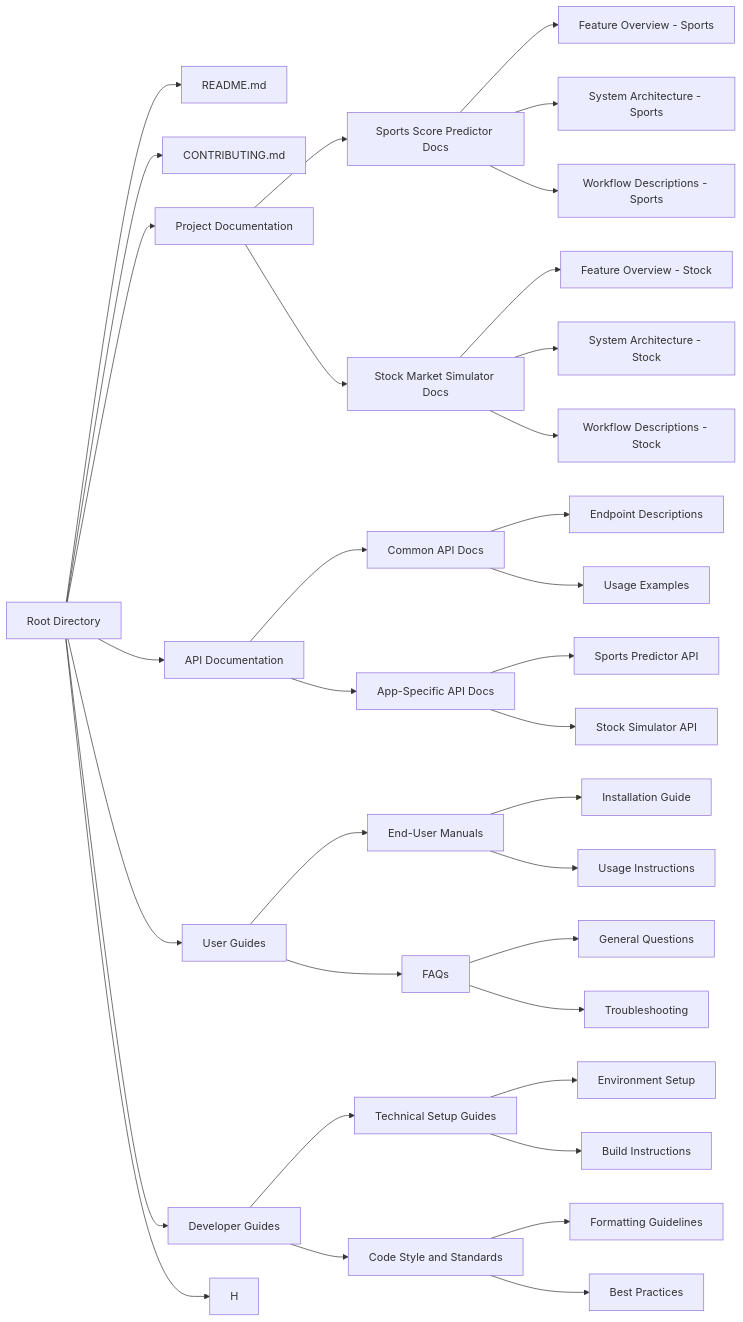
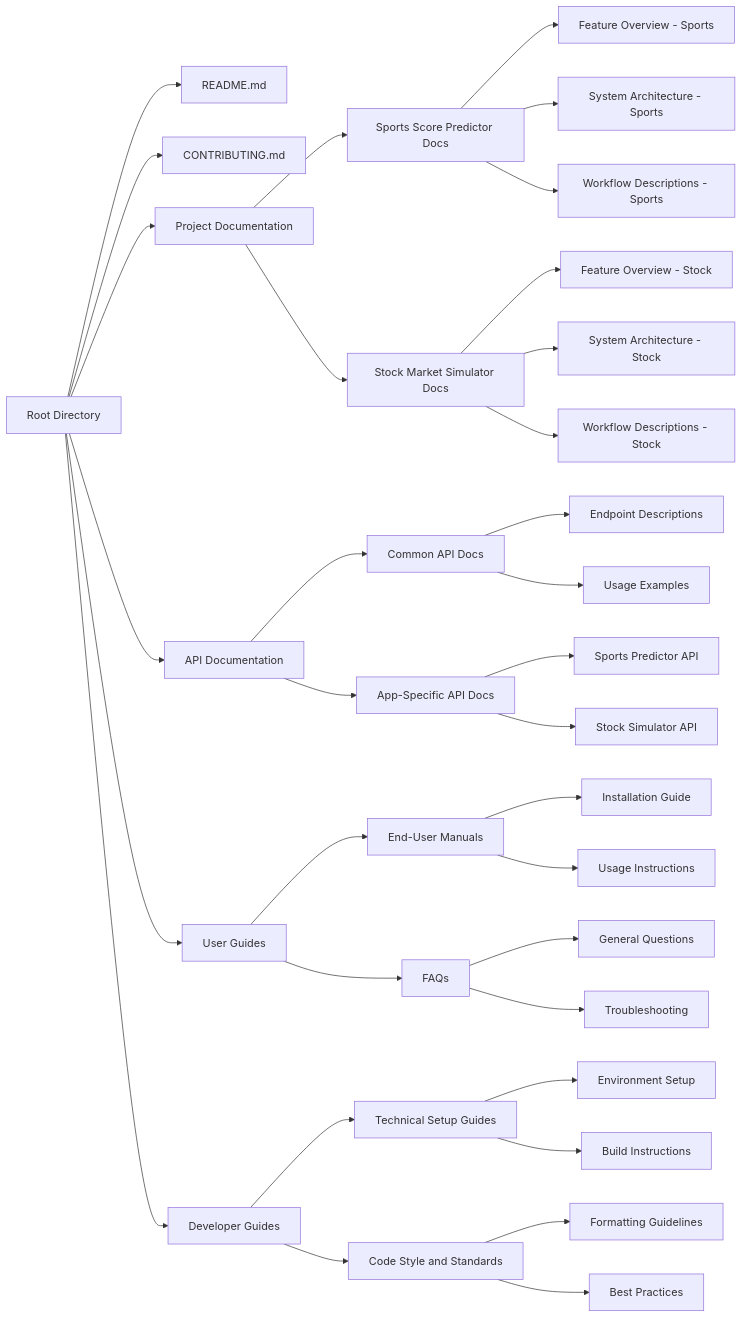
The diagram in project-docs/documentation-config.md (dock108/org-docs-and-guides), drawn with Mermaid before and after one commit.

````diff
--- a/project-docs/documentation-config.md
+++ b/project-docs/documentation-config.md
@@ -3,70 +3,69 @@
 ```mermaid
 flowchart LR
     A[Root Directory]
     B[README.md]
     C[CONTRIBUTING.md]
     D[Project Documentation]
     E[API Documentation]
     F[User Guides]
     G[Developer Guides]
     D1[Sports Score Predictor Docs]
     D2[Stock Market Simulator Docs]
     E1[Common API Docs]
     E2[App-Specific API Docs]
     F1[End-User Manuals]
     F2[FAQs]
     G1[Technical Setup Guides]
     G2[Code Style and Standards]
     D1A[Feature Overview - Sports]
     D1B[System Architecture - Sports]
     D1C[Workflow Descriptions - Sports]
     D2A[Feature Overview - Stock]
     D2B[System Architecture - Stock]
     D2C[Workflow Descriptions - Stock]
     E1A[Endpoint Descriptions]
     E1B[Usage Examples]
     E2A[Sports Predictor API]
     E2B[Stock Simulator API]
     F1A[Installation Guide]
     F1B[Usage Instructions]
     F2A[General Questions]
     F2B[Troubleshooting]
     G1A[Environment Setup]
     G1B[Build Instructions]
     G2A[Formatting Guidelines]
     G2B[Best Practices]
 
     A --> B
     A --> C
     A --> D
     A --> E
     A --> F
     A --> G
-    A --> H
     D --> D1
     D --> D2
     E --> E1
     E --> E2
     F --> F1
     F --> F2
     G --> G1
     G --> G2
     D1 --> D1A
     D1 --> D1B
     D1 --> D1C
     D2 --> D2A
     D2 --> D2B
     D2 --> D2C
     E1 --> E1A
     E1 --> E1B
     E2 --> E2A
     E2 --> E2B
     F1 --> F1A
     F1 --> F1B
     F2 --> F2A
     F2 --> F2B
     G1 --> G1A
     G1 --> G1B
     G2 --> G2A
     G2 --> G2B
 ```
````
